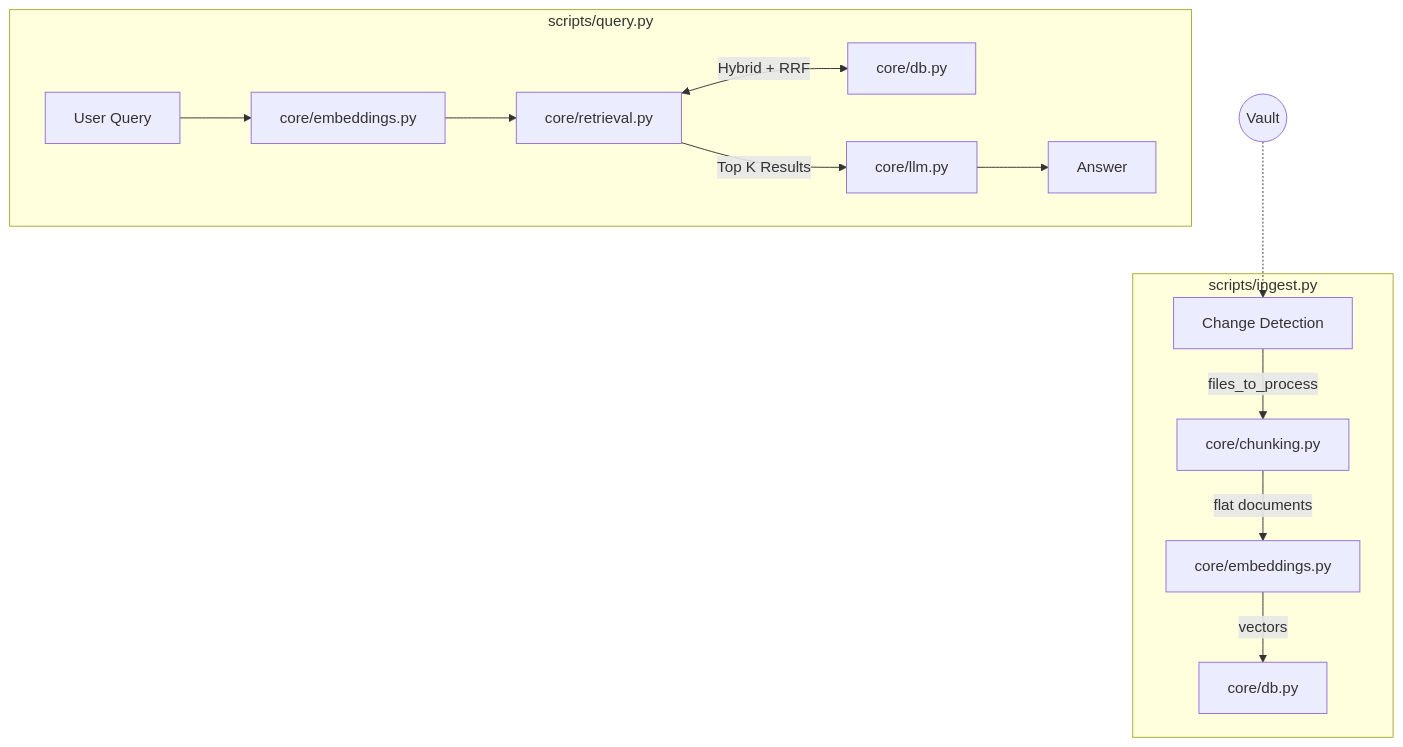
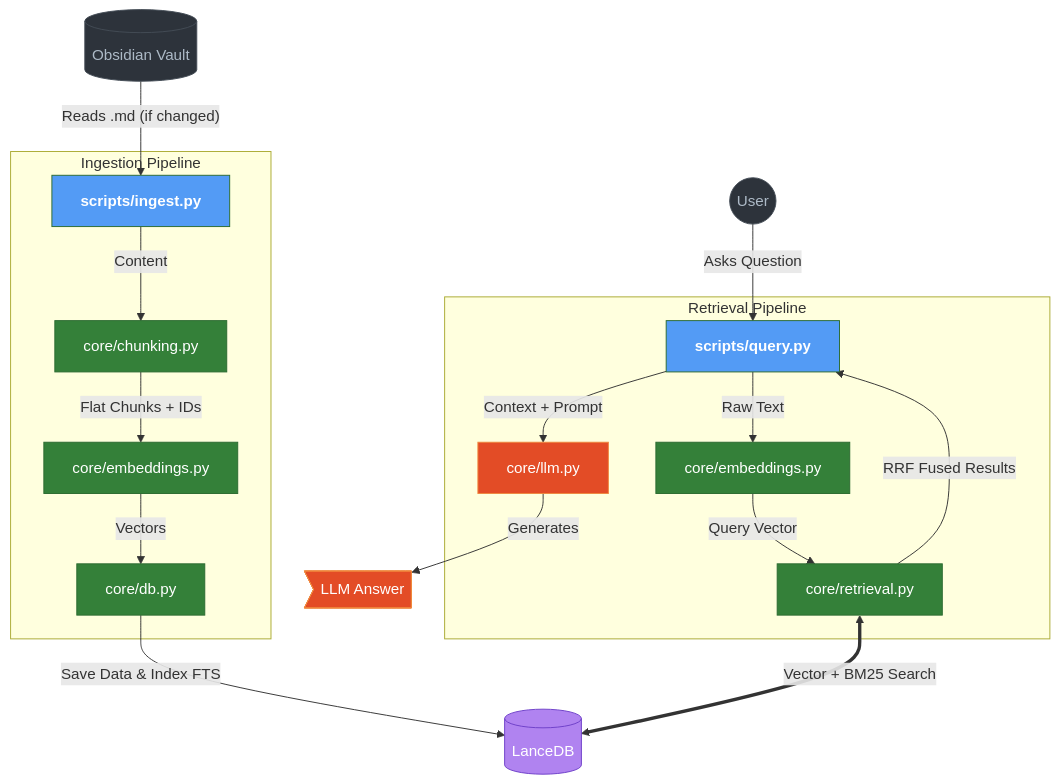
One commit to Reezo912/obsidian-rag changed the diagram in readme.md. Above: the diagram before and after it, drawn with Mermaid.

Commit message:
Fixed graph readme.md

````diff
--- a/readme.md
+++ b/readme.md
@@ -48,31 +48,44 @@
 ```mermaid
 graph TD
-    subaxis((Vault))
-    
-    subgraph "scripts/ingest.py"
-        CD[Change Detection]
-        C[core/chunking.py]
-        E[core/embeddings.py]
-        D[core/db.py]
-        
-        CD -->|files_to_process| C
-        C -->|flat documents| E
-        E -->|vectors| D
-    end
-    
-    subgraph "scripts/query.py"
-        Q[User Query]
-        QE[core/embeddings.py]
-        R[core/retrieval.py]
-        DB[core/db.py]
-        L[core/llm.py]
-        
-        Q --> QE
-        QE --> R
-        R <-->|Hybrid + RRF| DB
-        R -->|Top K Results| L
-        L --> Answer
+    %% Styling
+    classDef file fill:#2d333b,stroke:#444c56,color:#adbac7;
+    classDef script fill:#539bf5,stroke:#2b6a30,color:#fff,font-weight:bold;
+    classDef core fill:#348039,stroke:#2b6a30,color:#fff;
+    classDef db fill:#b083f0,stroke:#6e40c9,color:#fff;
+    classDef llm fill:#e34c26,stroke:#f0883e,color:#fff;
+
+    Vault[(Obsidian Vault)]:::file
+    DB[(LanceDB)]:::db
+    User((User)):::file
+    Answer>LLM Answer]:::llm
+
+    subgraph "Ingestion Pipeline"
+        Ingest[scripts/ingest.py]:::script
+        Chunk[core/chunking.py]:::core
+        EmbedI[core/embeddings.py]:::core
+        DBWrite[core/db.py]:::core
     end
 
-    subaxis -.-> CD
+    subgraph "Retrieval Pipeline"
+        Query[scripts/query.py]:::script
+        EmbedQ[core/embeddings.py]:::core
+        Ret[core/retrieval.py]:::core
+        LLM[core/llm.py]:::llm
+    end
+
+    %% Flow: Ingestion (Left Column)
+    Vault -- "Reads .md (if changed)" --> Ingest
+    Ingest -- "Content" --> Chunk
+    Chunk -- "Flat Chunks + IDs" --> EmbedI
+    EmbedI -- "Vectors" --> DBWrite
+    DBWrite -- "Save Data & Index FTS" --> DB
+
+    %% Flow: Retrieval (Right Column)
+    User -- "Asks Question" --> Query
+    Query -- "Raw Text" --> EmbedQ
+    EmbedQ -- "Query Vector" --> Ret
+    Ret <== "Vector + BM25 Search" ==> DB
+    Ret -- "RRF Fused Results" --> Query
+    Query -- "Context + Prompt" --> LLM
+    LLM -- "Generates" --> Answer
 ```
````
